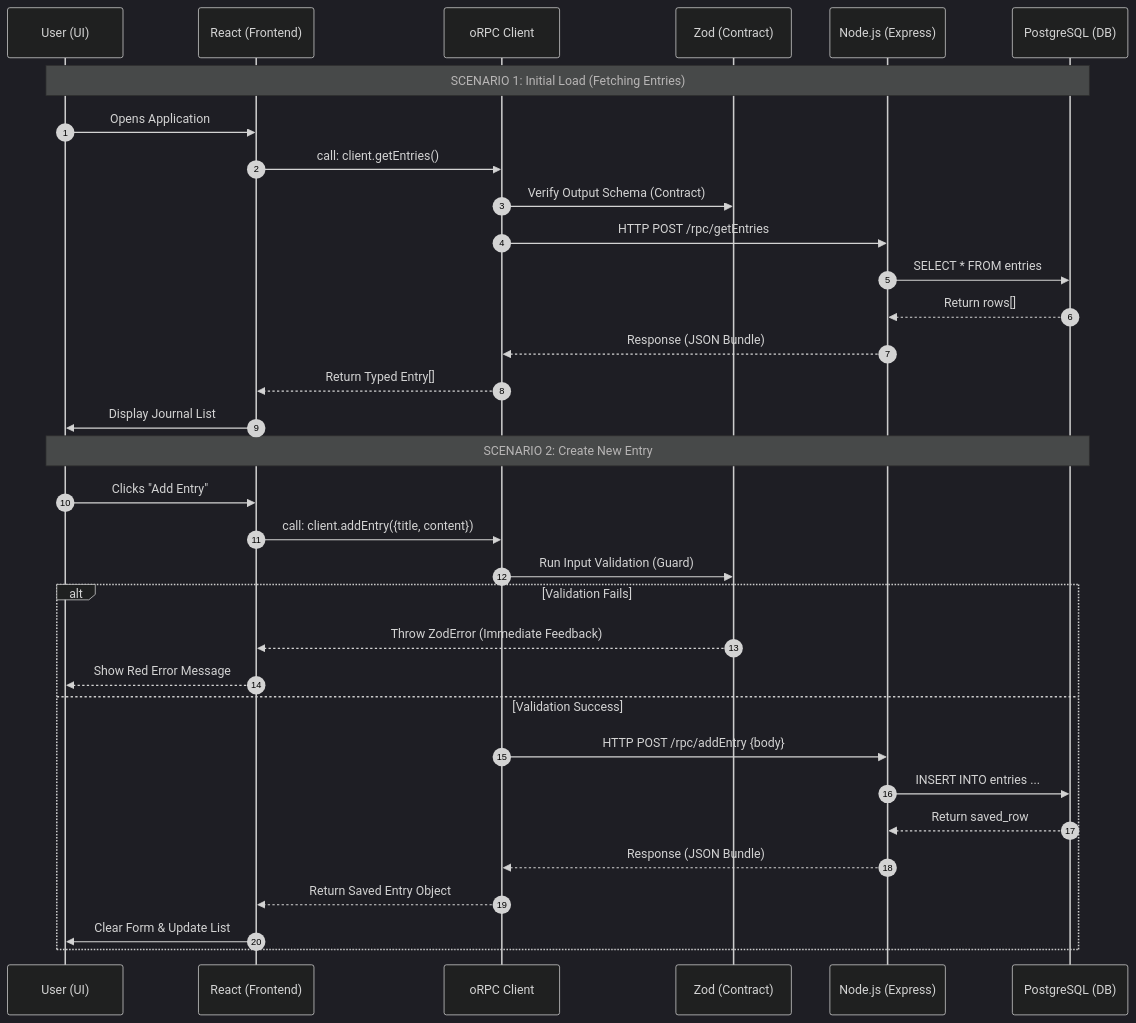
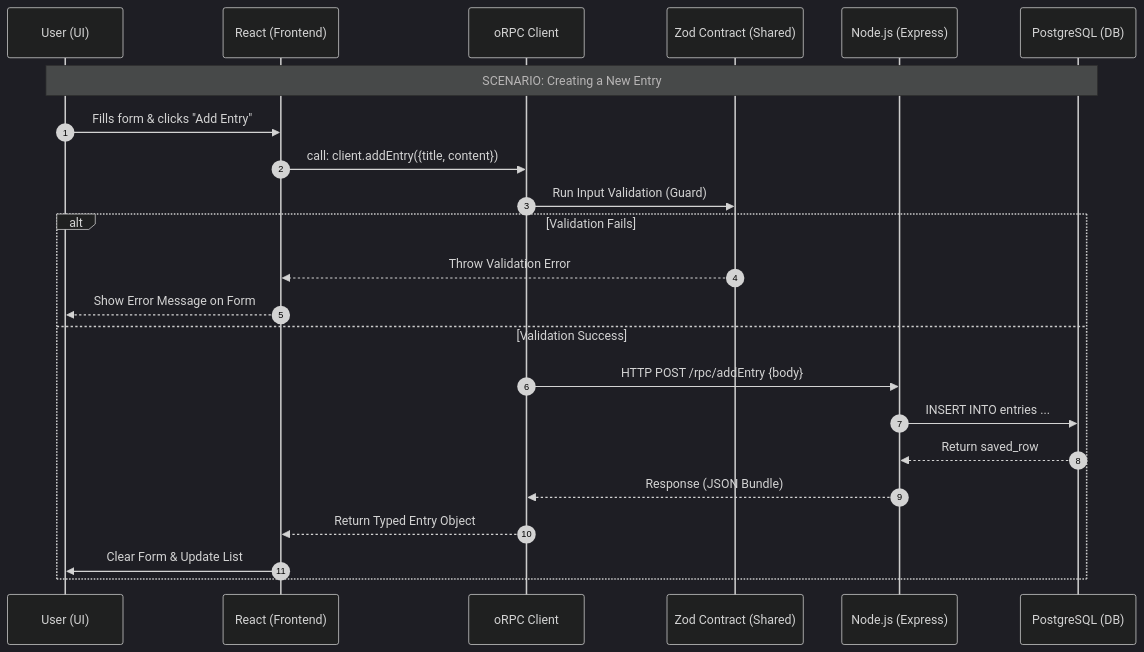
Before and after one commit to Sandipxg/JournalApp_: the diagram in README.md, drawn with Mermaid (dark theme). The commit also changed other lines of this file, not shown here.

````diff
--- a/README.md
+++ b/README.md
@@ -11,37 +27,26 @@
 ```mermaid
 sequenceDiagram
     autonumber
     participant U as User (UI)
     participant R as React (Frontend)
     participant C as oRPC Client
-    participant Z as Zod (Contract)
+    participant Z as Zod Contract (Shared)
     participant S as Node.js (Express)
     participant G as PostgreSQL (DB)
 
-    Note over U, G: SCENARIO 1: Initial Load (Fetching Entries)
-    U->>R: Opens Application
-    R->>C: call: client.getEntries()
-    C->>Z: Verify Output Schema (Contract)
-    C->>S: HTTP POST /rpc/getEntries
-    S->>G: SELECT * FROM entries
-    G-->>S: Return rows[]
-    S-->>C: Response (JSON Bundle)
-    C-->>R: Return Typed Entry[]
-    R->>U: Display Journal List
-
-    Note over U, G: SCENARIO 2: Create New Entry
-    U->>R: Clicks "Add Entry"
+    Note over U, G: SCENARIO: Creating a New Entry
+    U->>R: Fills form & clicks "Add Entry"
     R->>C: call: client.addEntry({title, content})
     C->>Z: Run Input Validation (Guard)
     alt Validation Fails
-        Z-->>R: Throw ZodError (Immediate Feedback)
-        R-->>U: Show Red Error Message
+        Z-->>R: Throw Validation Error
+        R-->>U: Show Error Message on Form
     else Validation Success
         C->>S: HTTP POST /rpc/addEntry {body}
         S->>G: INSERT INTO entries ...
         G-->>S: Return saved_row
         S-->>C: Response (JSON Bundle)
-        C-->>R: Return Saved Entry Object
+        C-->>R: Return Typed Entry Object
         R->>U: Clear Form & Update List
     end
 ```
````
